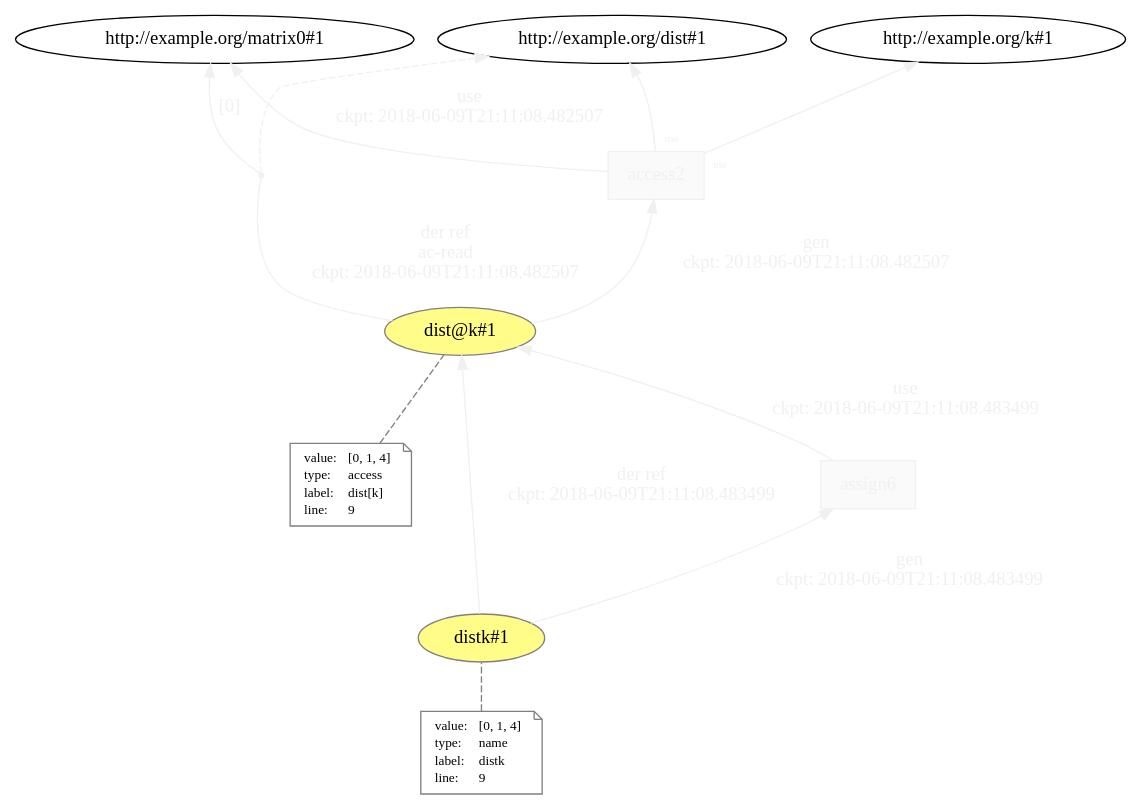
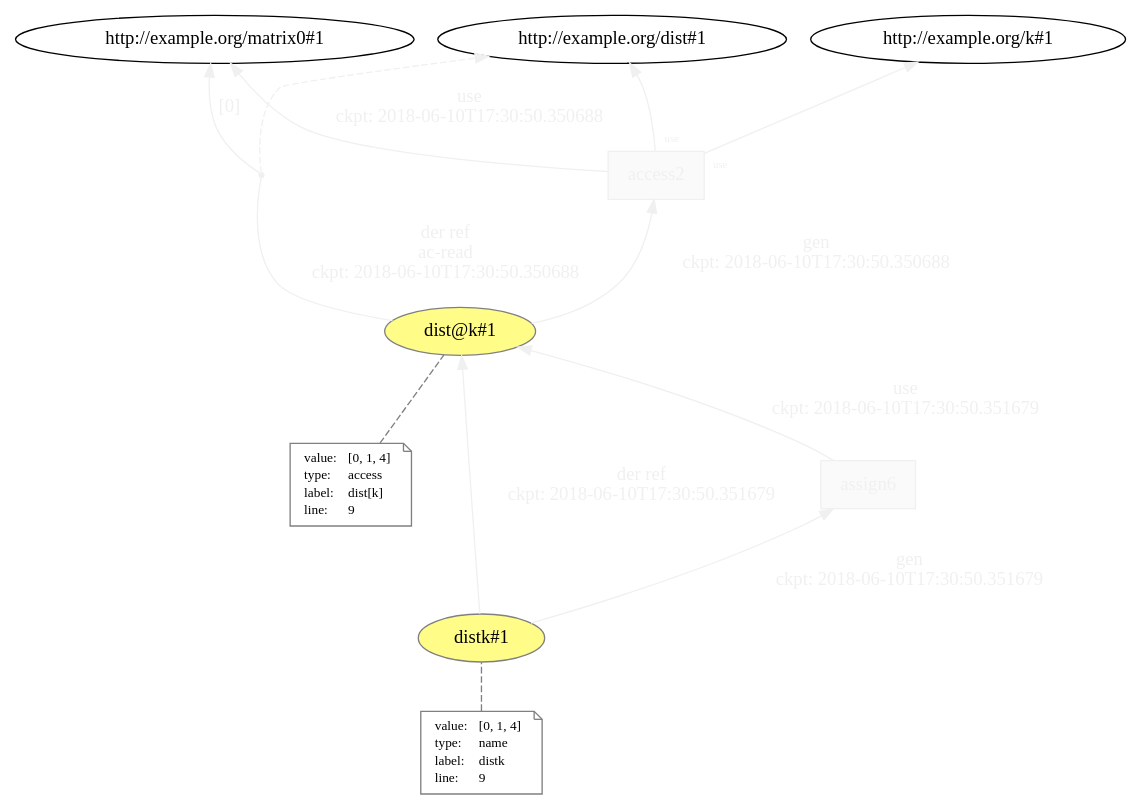
Before and after one commit to dew-uff/versioned-prov: the diagram in generated/versioned_prov/temp/L9__access__assign.dot, drawn with Graphviz. The commit also changed 947 other files, not shown here.

```diff
--- a/generated/versioned_prov/temp/L9__access__assign.dot
+++ b/generated/versioned_prov/temp/L9__access__assign.dot
@@ -1,62 +1,62 @@
 digraph "PROV" { size="16,12"; rankdir="BT";
 "http://example.org/dist@k#1" [fillcolor="#FFFC87",color="#808080",style="filled",label="dist@k#1",URL="http://example.org/dist@k#1"]
 "http://example.org/dist@k#1-attrs" [color="gray",shape="note",fontsize="10",fontcolor="black",label=<<TABLE cellpadding="0" border="0">
 	<TR>
 	    <TD align="left">value:</TD>
 	    <TD align="left">[0, 1, 4]</TD>
 	</TR>
 	<TR>
 	    <TD align="left">type:</TD>
 	    <TD align="left">access</TD>
 	</TR>
 	<TR>
 	    <TD align="left">label:</TD>
 	    <TD align="left">dist[k]</TD>
 	</TR>
 	<TR>
 	    <TD align="left">line:</TD>
 	    <TD align="left">9</TD>
 	</TR>
 </TABLE>>]
 "http://example.org/dist@k#1-attrs" -> "http://example.org/dist@k#1" [color="gray",style="dashed",arrowhead="none"]
 "http://example.org/access2" [fillcolor="#FAFAFA",color="#F0F0F0",shape="polygon",sides="4",style="filled",fontcolor="#F0F0F0",label="access2",URL="http://example.org/access2"]
 "bn0" [shape="point",label="",fontcolor="#F0F0F0",color="#F0F0F0"]
 "http://example.org/dist@k#1" -> "bn0" [fontsize="14",distance="1.5",angle="60.0",rotation="20",label="der ref
 ac-read
-ckpt: 2018-06-09T21:11:08.482507",arrowhead="none",fontcolor="#F0F0F0",color="#F0F0F0"]
+ckpt: 2018-06-10T17:30:50.350688",arrowhead="none",fontcolor="#F0F0F0",color="#F0F0F0"]
 "bn0" -> "http://example.org/dist#1" [style="dashed",fontcolor="#F0F0F0",color="#F0F0F0"]
 "bn0" -> "http://example.org/matrix0#1" [fontsize="14",distance="1.5",angle="60.0",rotation="20",label="[0]",fontcolor="#F0F0F0",color="#F0F0F0"]
 "http://example.org/access2" -> "http://example.org/dist#1" [labelfontsize="8",labeldistance="1.5",labelangle="60.0",rotation="20",taillabel="use",fontcolor="#F0F0F0",color="#F0F0F0"]
 "http://example.org/access2" -> "http://example.org/k#1" [labelfontsize="8",labeldistance="1.5",labelangle="60.0",rotation="20",taillabel="use",fontcolor="#F0F0F0",color="#F0F0F0"]
 "http://example.org/distk#1" [fillcolor="#FFFC87",color="#808080",style="filled",label="distk#1",URL="http://example.org/distk#1"]
 "http://example.org/distk#1-attrs" [color="gray",shape="note",fontsize="10",fontcolor="black",label=<<TABLE cellpadding="0" border="0">
 	<TR>
 	    <TD align="left">value:</TD>
 	    <TD align="left">[0, 1, 4]</TD>
 	</TR>
 	<TR>
 	    <TD align="left">type:</TD>
 	    <TD align="left">name</TD>
 	</TR>
 	<TR>
 	    <TD align="left">label:</TD>
 	    <TD align="left">distk</TD>
 	</TR>
 	<TR>
 	    <TD align="left">line:</TD>
 	    <TD align="left">9</TD>
 	</TR>
 </TABLE>>]
 "http://example.org/distk#1-attrs" -> "http://example.org/distk#1" [color="gray",style="dashed",arrowhead="none"]
 "http://example.org/assign6" [fillcolor="#FAFAFA",color="#F0F0F0",shape="polygon",sides="4",style="filled",fontcolor="#F0F0F0",label="assign6",URL="http://example.org/assign6"]
 "http://example.org/distk#1" -> "http://example.org/dist@k#1" [fontsize="14",distance="1.5",angle="60.0",rotation="20",label="der ref
-ckpt: 2018-06-09T21:11:08.483499",fontcolor="#F0F0F0",color="#F0F0F0"]
+ckpt: 2018-06-10T17:30:50.351679",fontcolor="#F0F0F0",color="#F0F0F0"]
+"http://example.org/access2" -> "http://example.org/matrix0#1" [fontsize="14",distance="1.5",angle="60.0",rotation="20",label="use
+ckpt: 2018-06-10T17:30:50.350688",fontcolor="#F0F0F0",color="#F0F0F0"]
 "http://example.org/assign6" -> "http://example.org/dist@k#1" [fontsize="14",distance="1.5",angle="60.0",rotation="20",label="use
-ckpt: 2018-06-09T21:11:08.483499",fontcolor="#F0F0F0",color="#F0F0F0"]
-"http://example.org/access2" -> "http://example.org/matrix0#1" [fontsize="14",distance="1.5",angle="60.0",rotation="20",label="use
-ckpt: 2018-06-09T21:11:08.482507",fontcolor="#F0F0F0",color="#F0F0F0"]
+ckpt: 2018-06-10T17:30:50.351679",fontcolor="#F0F0F0",color="#F0F0F0"]
 "http://example.org/dist@k#1" -> "http://example.org/access2" [fontsize="14",distance="1.5",angle="60.0",rotation="20",label="gen
-ckpt: 2018-06-09T21:11:08.482507",fontcolor="#F0F0F0",color="#F0F0F0"]
+ckpt: 2018-06-10T17:30:50.350688",fontcolor="#F0F0F0",color="#F0F0F0"]
 "http://example.org/distk#1" -> "http://example.org/assign6" [fontsize="14",distance="1.5",angle="60.0",rotation="20",label="gen
-ckpt: 2018-06-09T21:11:08.483499",fontcolor="#F0F0F0",color="#F0F0F0"]
+ckpt: 2018-06-10T17:30:50.351679",fontcolor="#F0F0F0",color="#F0F0F0"]
 }
```
